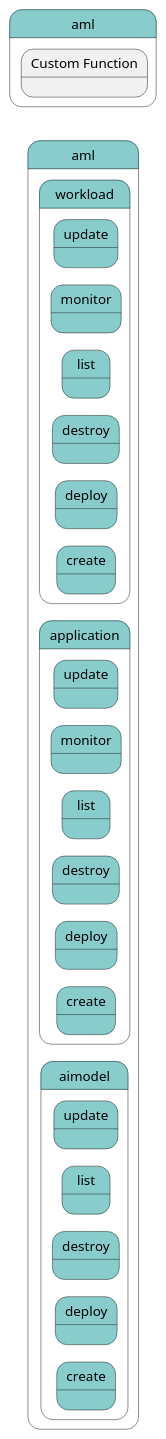
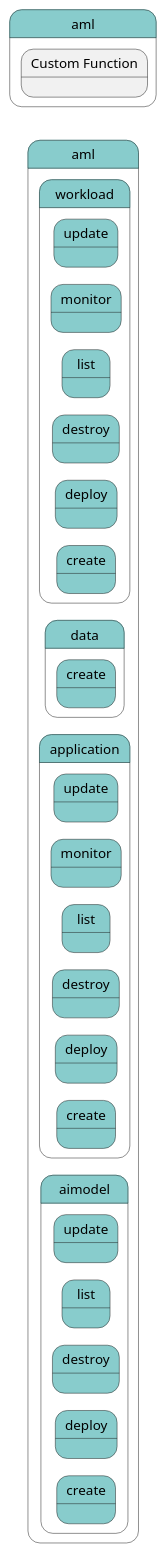
One commit to madajaju/edgemere changed the diagram in docs/edgemere/aml/process.puml. Above: the diagram before and after it, drawn with PlantUML. The commit also changed 148 other files, not shown here.

```diff
--- a/docs/edgemere/aml/process.puml
+++ b/docs/edgemere/aml/process.puml
@@ -1,154 +1,162 @@
 @startuml
 left to right direction
 
 
 state "aml" as aml #88cccc {
 }
 
 
 state "aml" as pstatename #88cccc {
     state "Custom Function" as amlfunction {
     }
 }
 
         state "aml" as aml #88cccc {
 state "aimodel" as amlaimodel #88cccc {
 state "create" as amlaimodelcreate #88cccc {
 }
 }
 }
 
 
         state "aml" as aml #88cccc {
 state "aimodel" as amlaimodel #88cccc {
 state "deploy" as amlaimodeldeploy #88cccc {
 }
 }
 }
 
 
         state "aml" as aml #88cccc {
 state "aimodel" as amlaimodel #88cccc {
 state "destroy" as amlaimodeldestroy #88cccc {
 }
 }
 }
 
 
         state "aml" as aml #88cccc {
 state "aimodel" as amlaimodel #88cccc {
 state "list" as amlaimodellist #88cccc {
 }
 }
 }
 
 
         state "aml" as aml #88cccc {
 state "aimodel" as amlaimodel #88cccc {
 state "update" as amlaimodelupdate #88cccc {
 }
 }
 }
 
 
         state "aml" as aml #88cccc {
 state "application" as amlapplication #88cccc {
 state "create" as amlapplicationcreate #88cccc {
 }
 }
 }
 
 
         state "aml" as aml #88cccc {
 state "application" as amlapplication #88cccc {
 state "deploy" as amlapplicationdeploy #88cccc {
 }
 }
 }
 
 
         state "aml" as aml #88cccc {
 state "application" as amlapplication #88cccc {
 state "destroy" as amlapplicationdestroy #88cccc {
 }
 }
 }
 
 
         state "aml" as aml #88cccc {
 state "application" as amlapplication #88cccc {
 state "list" as amlapplicationlist #88cccc {
 }
 }
 }
 
 
         state "aml" as aml #88cccc {
 state "application" as amlapplication #88cccc {
 state "monitor" as amlapplicationmonitor #88cccc {
 }
 }
 }
 
 
         state "aml" as aml #88cccc {
 state "application" as amlapplication #88cccc {
 state "update" as amlapplicationupdate #88cccc {
 }
 }
 }
 
 
         state "aml" as aml #88cccc {
+state "data" as amldata #88cccc {
+state "create" as amldatacreate #88cccc {
+}
+}
+}
+
+
+        state "aml" as aml #88cccc {
 state "workload" as amlworkload #88cccc {
 state "create" as amlworkloadcreate #88cccc {
 }
 }
 }
 
 
         state "aml" as aml #88cccc {
 state "workload" as amlworkload #88cccc {
 state "deploy" as amlworkloaddeploy #88cccc {
 }
 }
 }
 
 
         state "aml" as aml #88cccc {
 state "workload" as amlworkload #88cccc {
 state "destroy" as amlworkloaddestroy #88cccc {
 }
 }
 }
 
 
         state "aml" as aml #88cccc {
 state "workload" as amlworkload #88cccc {
 state "list" as amlworkloadlist #88cccc {
 }
 }
 }
 
 
         state "aml" as aml #88cccc {
 state "workload" as amlworkload #88cccc {
 state "monitor" as amlworkloadmonitor #88cccc {
 }
 }
 }
 
 
         state "aml" as aml #88cccc {
 state "workload" as amlworkload #88cccc {
 state "update" as amlworkloadupdate #88cccc {
 }
 }
 }
 
 
 
 
 
 
 @enduml
```
